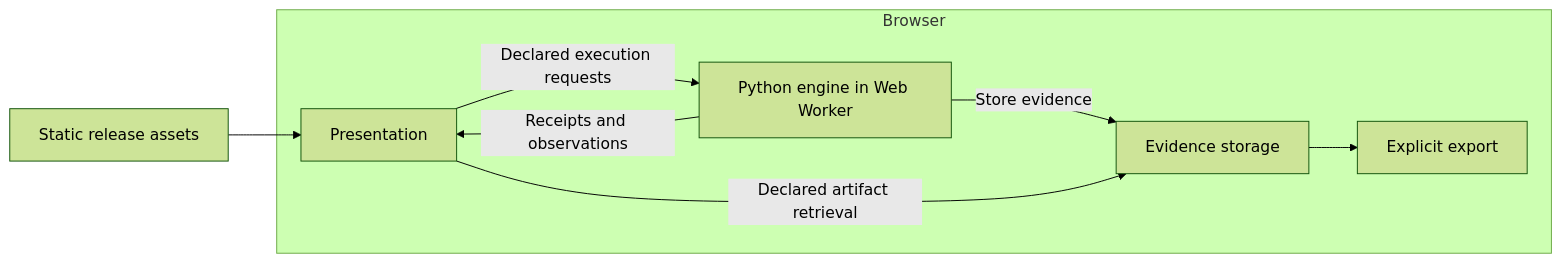
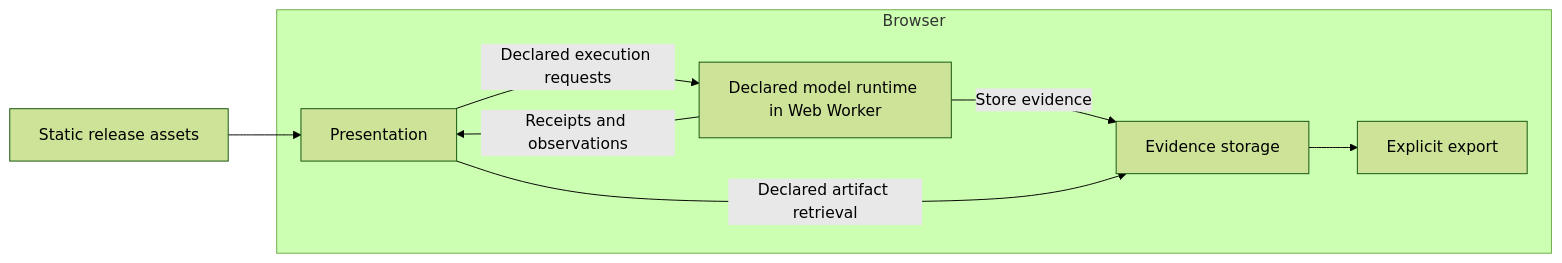
One commit to laosunhust/inside-inference changed the diagram in docs/architecture/website.md. Above: the diagram before and after it, drawn with Mermaid (forest theme). The commit also changed other lines of this file and 192 other files, not shown here.

````diff
--- a/docs/architecture/website.md
+++ b/docs/architecture/website.md
@@ -26,11 +28,11 @@
 ```mermaid
 flowchart LR
     Assets[Static release assets] --> UI
     subgraph Browser
-        UI[Presentation] -->|Declared execution requests| Engine[Python engine in Web Worker]
+        UI[Presentation] -->|Declared execution requests| Engine[Declared model runtime in Web Worker]
         Engine -->|Receipts and observations| UI
         Engine -->|Store evidence| Store[Evidence storage]
         UI -->|Declared artifact retrieval| Store
         Store --> Export[Explicit export]
     end
 ```
````
